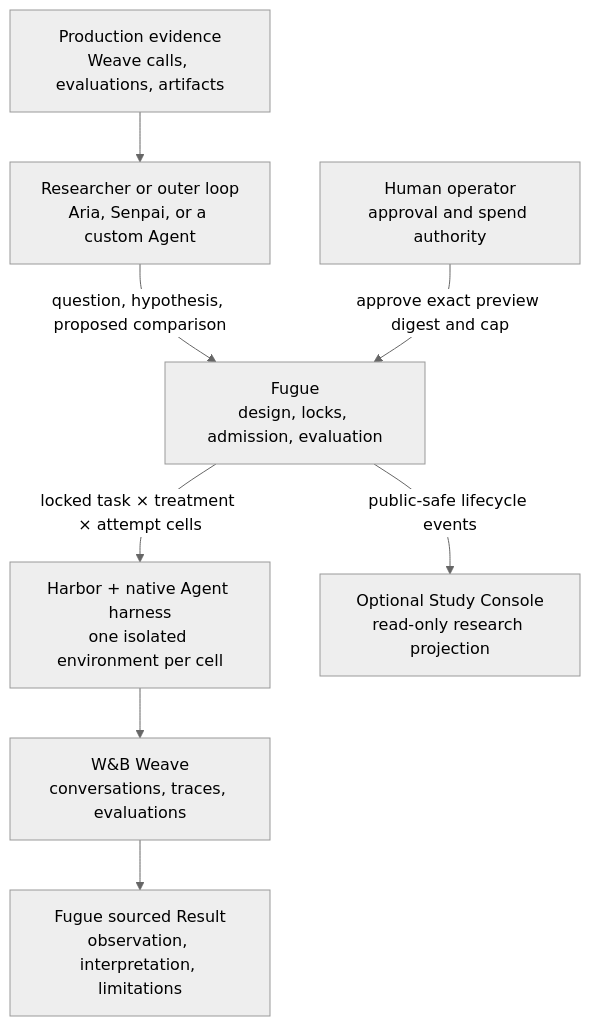
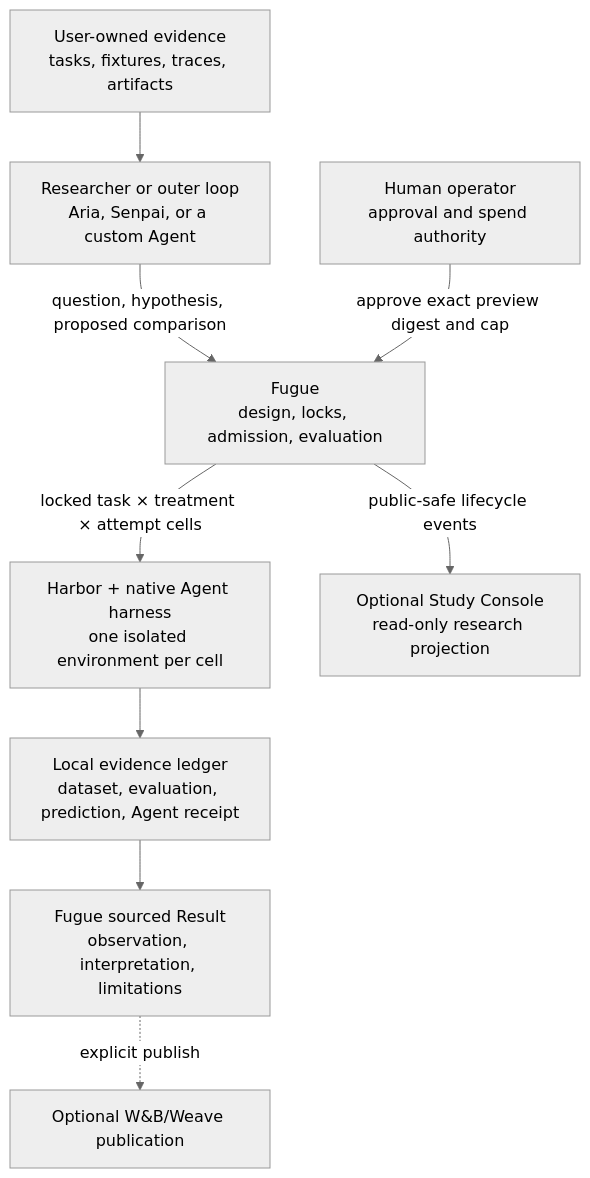
Before and after one commit to ash0ts/fugue: the first of 13 diagrams in README.md, drawn with Mermaid (neutral theme). The commit also changed other lines of this file and 88 other files, not shown here.

````diff
--- a/README.md
+++ b/README.md
@@ -15,18 +16,20 @@
 ```mermaid
 flowchart TB
-    EVIDENCE["Production evidence<br/>Weave calls, evaluations, artifacts"]
+    EVIDENCE["User-owned evidence<br/>tasks, fixtures, traces, artifacts"]
     RESEARCHER["Researcher or outer loop<br/>Aria, Senpai, or a custom Agent"]
     FUGUE["Fugue<br/>design, locks, admission, evaluation"]
     HUMAN["Human operator<br/>approval and spend authority"]
     EXECUTION["Harbor + native Agent harness<br/>one isolated environment per cell"]
-    WEAVE["W&B Weave<br/>conversations, traces, evaluations"]
+    LEDGER["Local evidence ledger<br/>dataset, evaluation, prediction, Agent receipt"]
+    WEAVE["Optional W&B/Weave publication"]
     RESULT["Fugue sourced Result<br/>observation, interpretation, limitations"]
     CONSOLE["Optional Study Console<br/>read-only research projection"]
 
     EVIDENCE --> RESEARCHER
     RESEARCHER -->|"question, hypothesis, proposed comparison"| FUGUE
     HUMAN -->|"approve exact preview digest and cap"| FUGUE
     FUGUE -->|"locked task × treatment × attempt cells"| EXECUTION
-    EXECUTION --> WEAVE --> RESULT
+    EXECUTION --> LEDGER --> RESULT
+    RESULT -.->|"explicit publish"| WEAVE
     FUGUE -->|"public-safe lifecycle events"| CONSOLE
 ```
````
